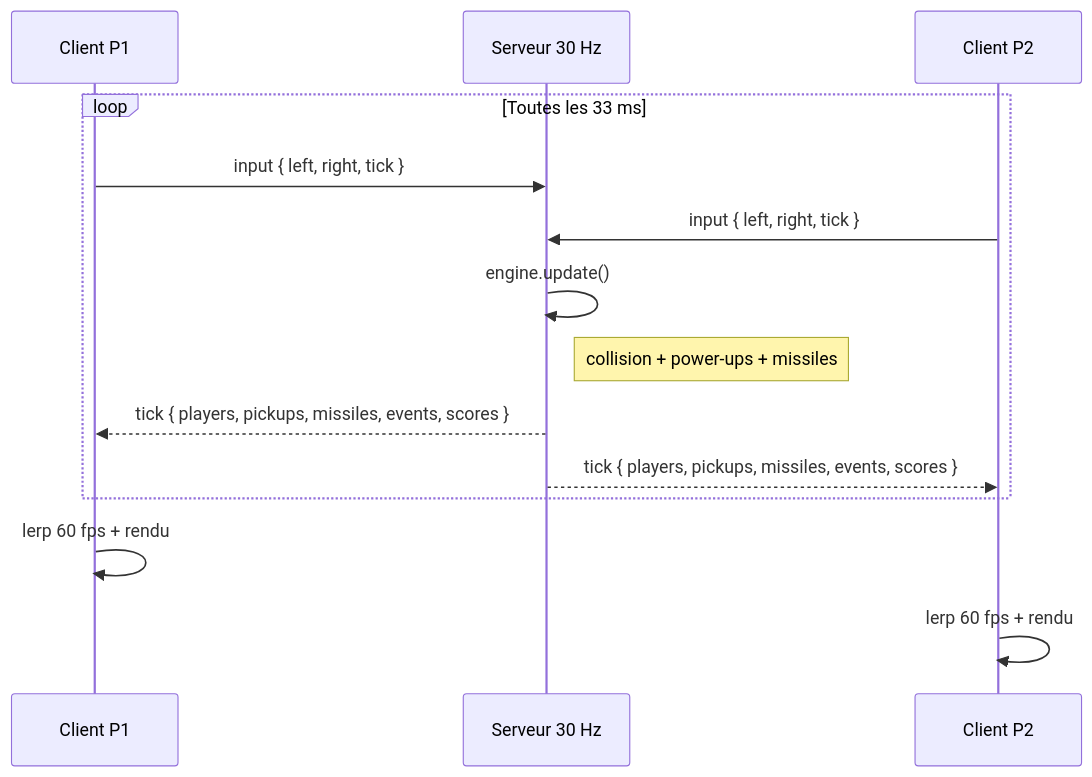
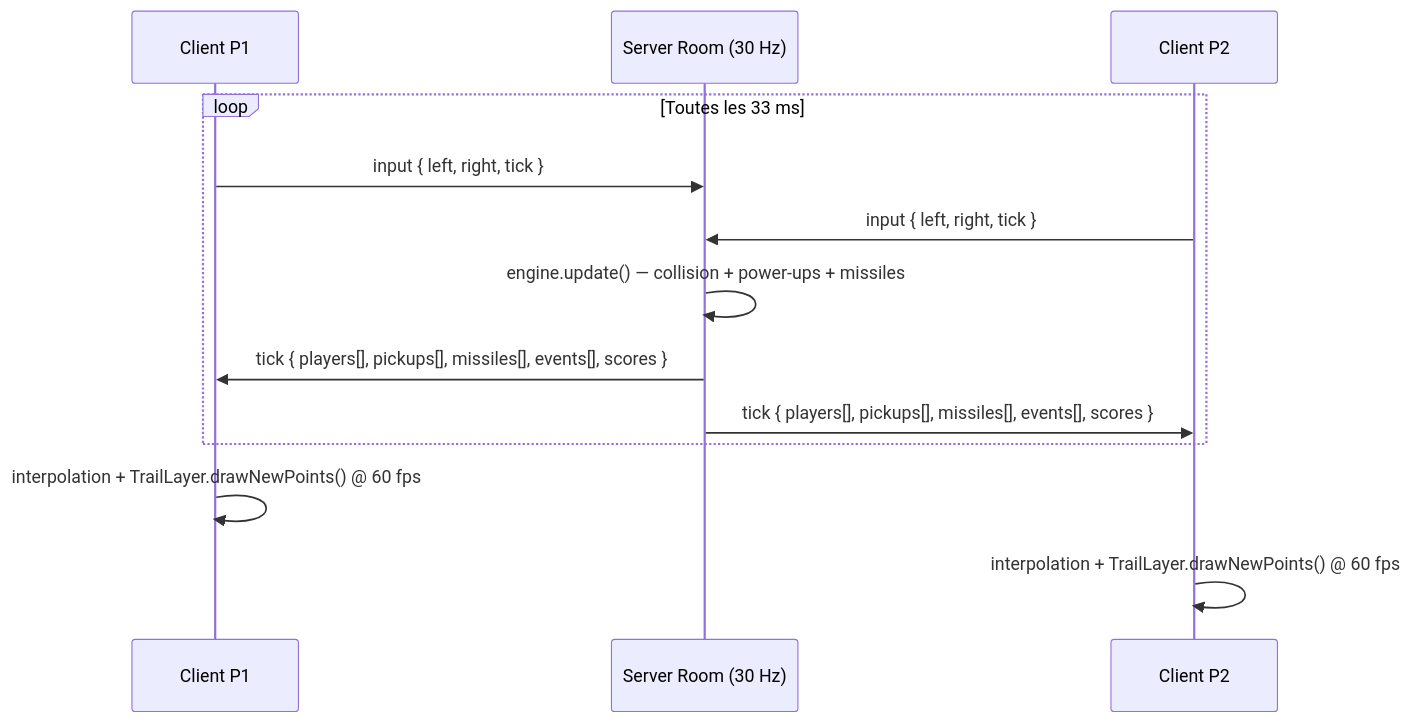
One commit to artkabis/crazycurve changed the first of 3 diagrams in README.md. Above: the diagram before and after it, drawn with Mermaid. The commit also changed other lines of this file, not shown here.

First line of the commit message:
fix(readme): restore working sequenceDiagram syntax from original

````diff
--- a/README.md
+++ b/README.md
@@ -71,17 +71,16 @@
 ```mermaid
 sequenceDiagram
     participant C1 as Client P1
-    participant SRV as Serveur 30 Hz
+    participant SRV as Server Room (30 Hz)
     participant C2 as Client P2
 
     loop Toutes les 33 ms
         C1->>SRV: input { left, right, tick }
         C2->>SRV: input { left, right, tick }
-        SRV->>SRV: engine.update()
-        Note right of SRV: collision + power-ups + missiles
-        SRV-->>C1: tick { players, pickups, missiles, events, scores }
-        SRV-->>C2: tick { players, pickups, missiles, events, scores }
+        SRV->>SRV: engine.update() — collision + power-ups + missiles
+        SRV->>C1: tick { players[], pickups[], missiles[], events[], scores }
+        SRV->>C2: tick { players[], pickups[], missiles[], events[], scores }
     end
-    C1->>C1: lerp 60 fps + rendu
-    C2->>C2: lerp 60 fps + rendu
+    C1->>C1: interpolation + TrailLayer.drawNewPoints() @ 60 fps
+    C2->>C2: interpolation + TrailLayer.drawNewPoints() @ 60 fps
 ```
````
